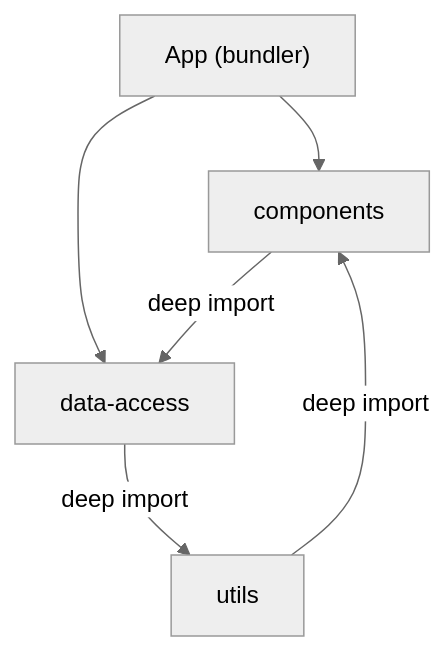
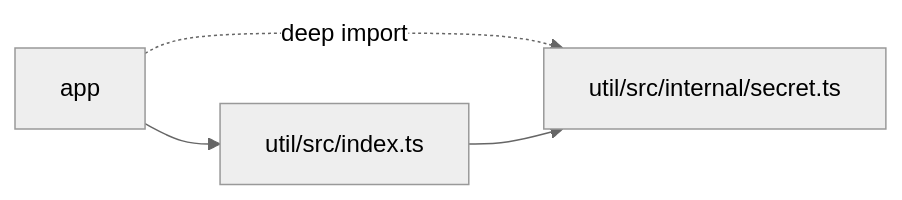
Before and after one commit to fmmenchi/dev-blog: the second of 7 diagrams in apps/blog/content/drafts/can-i-import-this.mdx, drawn with Mermaid (neutral theme). The commit also changed other lines of this file and 10 other files, not shown here.

````diff
--- a/apps/blog/content/drafts/can-i-import-this.mdx
+++ b/apps/blog/content/drafts/can-i-import-this.mdx
@@ -32,9 +42,6 @@
 ```mermaid
-flowchart TB
-  app["App (bundler)"]:::accent
-  app --> components
-  app --> data["data-access"]
-  components -->|deep import| data
-  data -->|deep import| utils
-  utils -->|deep import| components
+flowchart LR
+  App["app"] --> Barrel["util/src/index.ts"]
+  App -.->|deep import| Internal["util/src/internal/secret.ts"]:::accent
+  Barrel --> Internal
 ```
````
